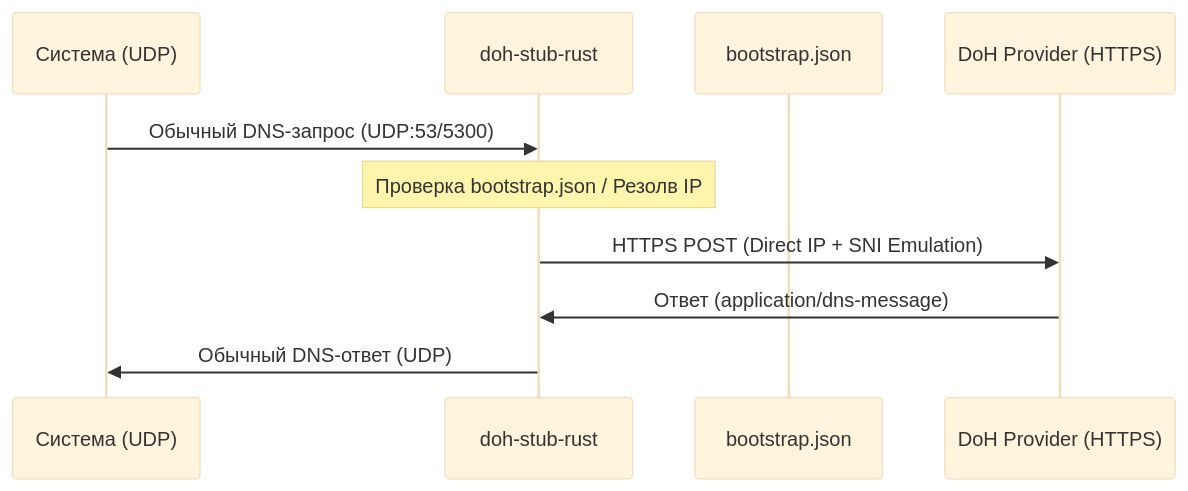
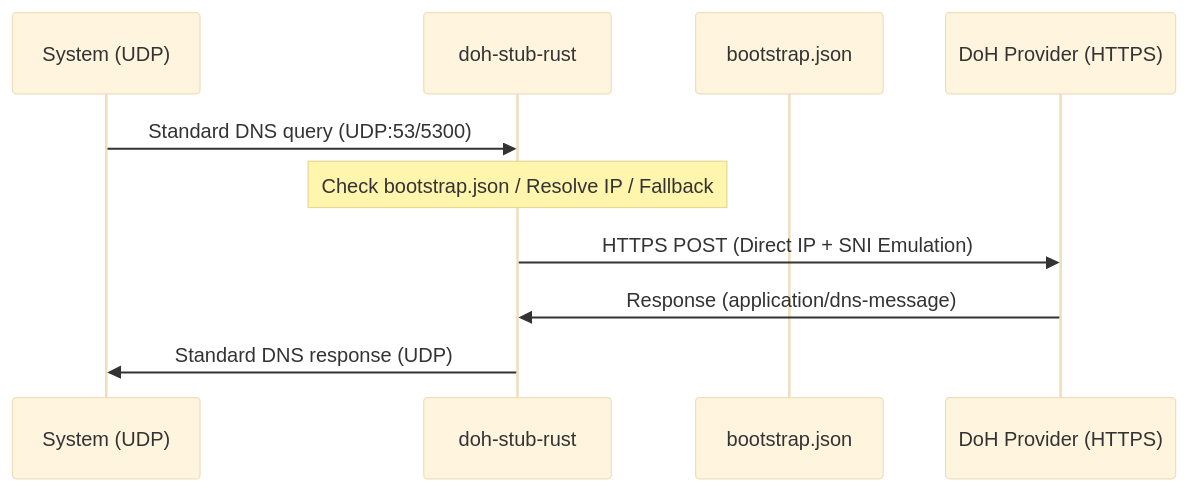
One commit to 3Radiance/doh-stub-rust changed the diagram in README.md. Above: the diagram before and after it, drawn with Mermaid (base theme). The commit also changed other lines of this file and 4 other files, not shown here.

````diff
--- a/README.md
+++ b/README.md
@@ -10,13 +12,13 @@
 ```mermaid
 sequenceDiagram
-    participant OS as Система (UDP)
+    participant OS as System (UDP)
     participant Stub as doh-stub-rust
     participant JSON as bootstrap.json
     participant DoH as DoH Provider (HTTPS)
 
-    OS->>Stub: Обычный DNS-запрос (UDP:53/5300)
-    Note over Stub: Проверка bootstrap.json / Резолв IP
+    OS->>Stub: Standard DNS query (UDP:53/5300)
+    Note over Stub: Check bootstrap.json / Resolve IP / Fallback
     Stub->>DoH: HTTPS POST (Direct IP + SNI Emulation)
-    DoH->>Stub: Ответ (application/dns-message)
-    Stub->>OS: Обычный DNS-ответ (UDP)
+    DoH->>Stub: Response (application/dns-message)
+    Stub->>OS: Standard DNS response (UDP)
 ```
````
